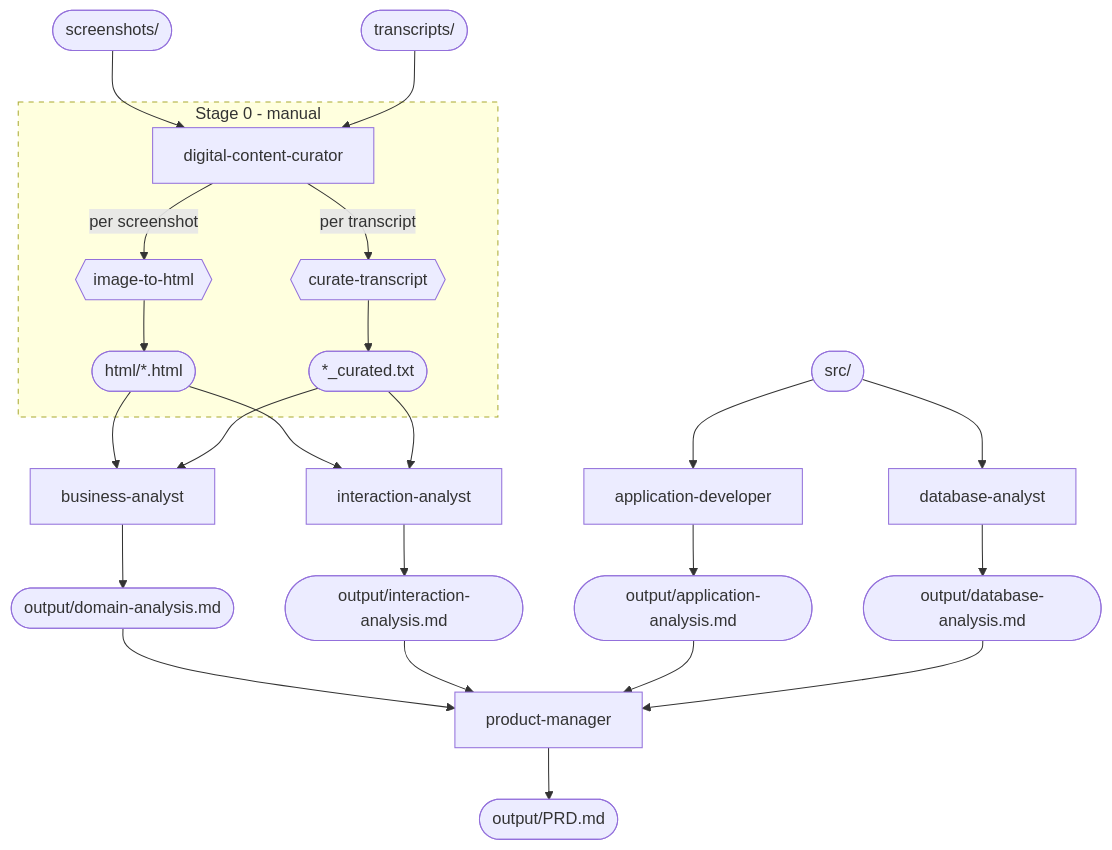
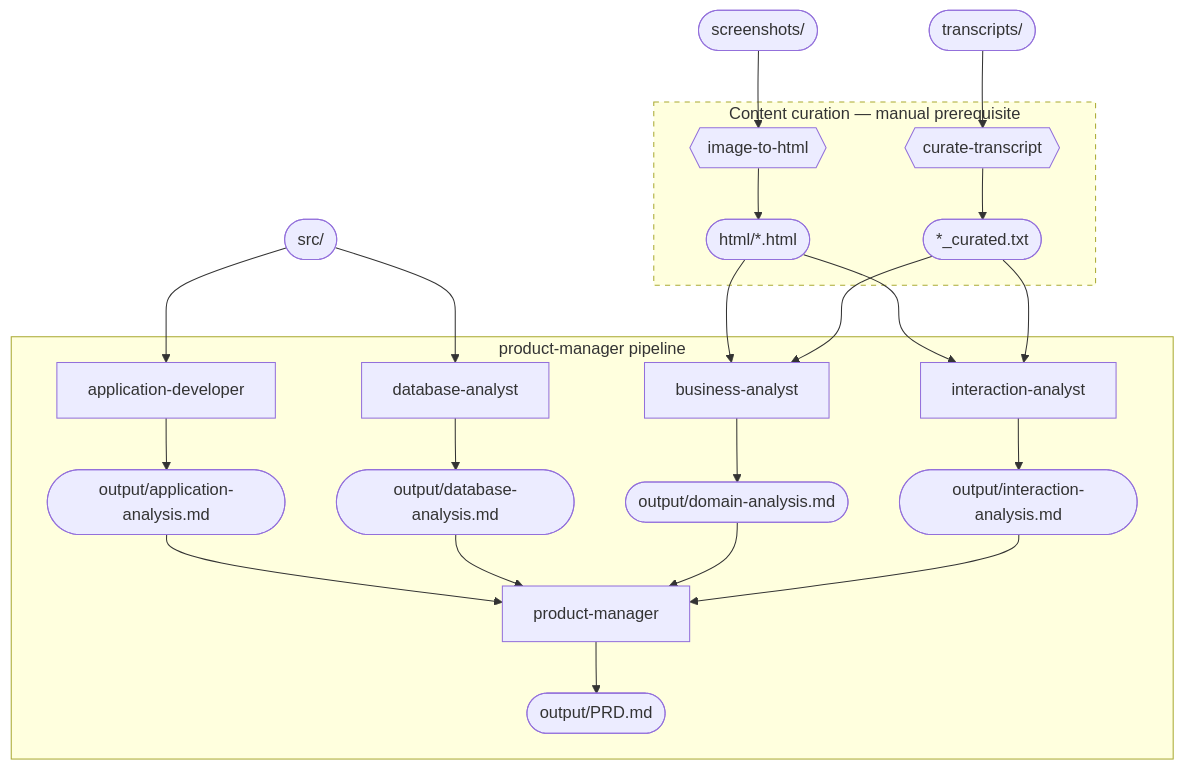
The second of 2 diagrams in README.md (scottburgess-kisa/claude-legacy-reveng-plugin), drawn with Mermaid before and after one commit. The commit also changed other lines of this file, not shown here.

Commit message:
docs: decouple curation from PM pipeline diagram

````diff
--- a/README.md
+++ b/README.md
@@ -154,40 +154,39 @@
 ```mermaid
 flowchart TB
     screenshots(["screenshots/"])
     transcripts(["transcripts/"])
     src(["src/"])
 
-    subgraph stage0 ["Stage 0 - manual"]
-        curator[digital-content-curator]
+    subgraph curation ["Content curation — manual prerequisite"]
         i2h{{image-to-html}}
         ct{{curate-transcript}}
         html(["html/*.html"])
         curated(["*_curated.txt"])
 
-        curator -->|per screenshot| i2h
-        curator -->|per transcript| ct
         i2h --> html
         ct --> curated
     end
-    style stage0 stroke-dasharray: 5 5
+    style curation stroke-dasharray: 5 5
 
-    screenshots --> curator
-    transcripts --> curator
+    screenshots --> i2h
+    transcripts --> ct
 
-    appdev[application-developer]
-    dbanalyst[database-analyst]
+    subgraph pm_pipeline ["product-manager pipeline"]
+        appdev[application-developer]
+        dbanalyst[database-analyst]
+        ba[business-analyst]
+        ia[interaction-analyst]
+        PM[product-manager]
+
+        appdev --> application(["output/application-analysis.md"])
+        dbanalyst --> database(["output/database-analysis.md"])
+        ba --> domain(["output/domain-analysis.md"])
+        ia --> interaction(["output/interaction-analysis.md"])
+
+        application & database & domain & interaction --> PM
+        PM --> PRD(["output/PRD.md"])
+    end
+
     src --> appdev & dbanalyst
-
-    ba[business-analyst]
-    ia[interaction-analyst]
     html & curated --> ba & ia
-
-    ba --> domain(["output/domain-analysis.md"])
-    ia --> interaction(["output/interaction-analysis.md"])
-    appdev --> application(["output/application-analysis.md"])
-    dbanalyst --> database(["output/database-analysis.md"])
-
-    PM[product-manager]
-    domain & interaction & application & database --> PM
-    PM --> PRD(["output/PRD.md"])
 ```
````
